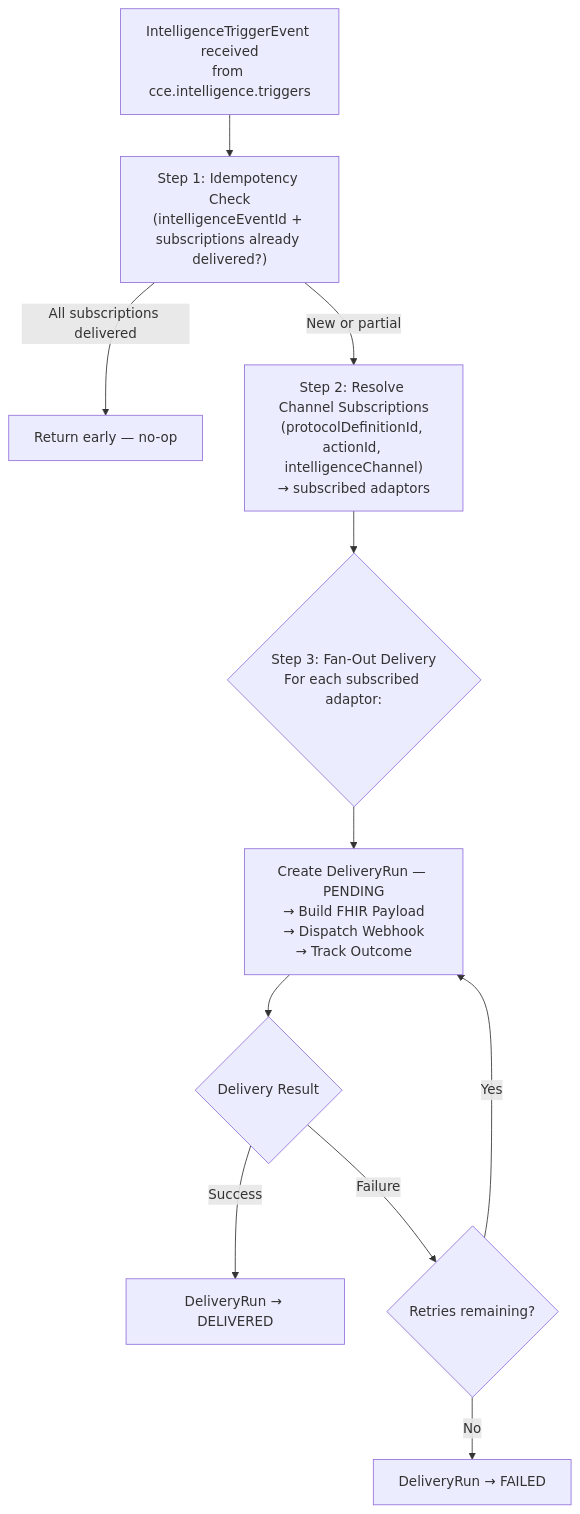
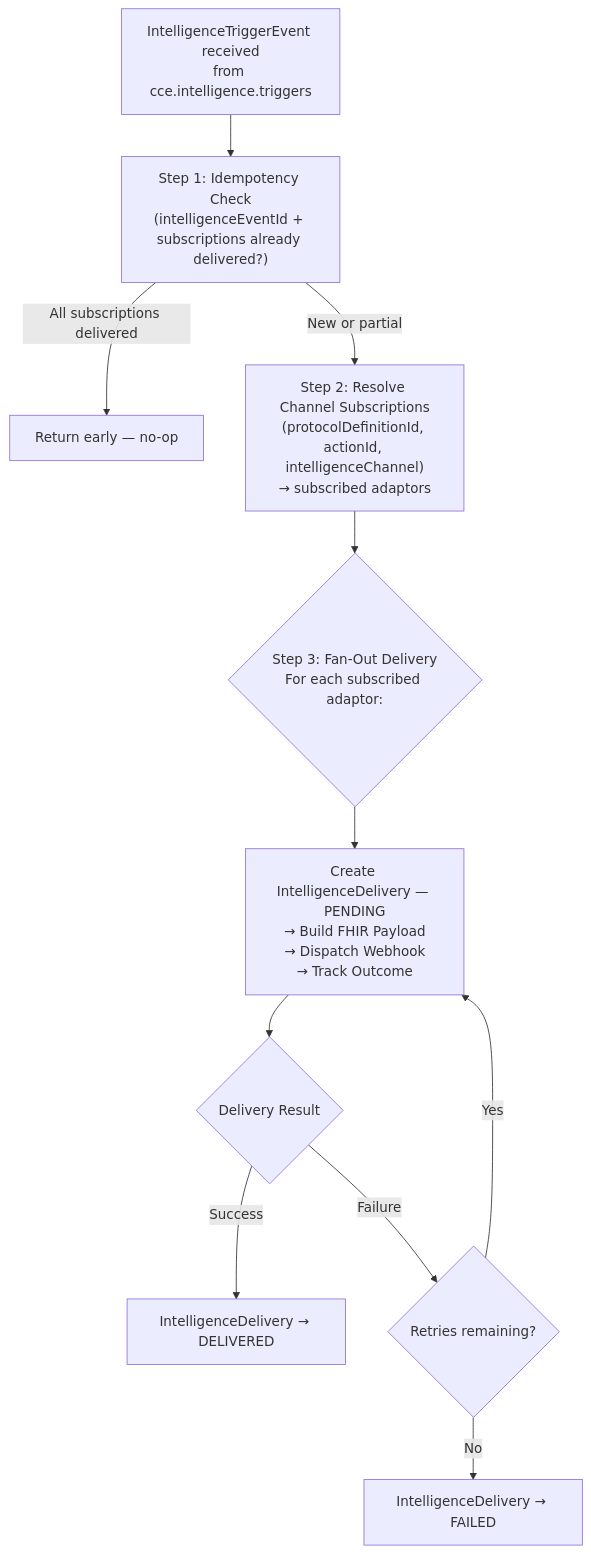
One commit to Jayaprakash8887/cce-intelligence-service changed the third of 6 diagrams in docs/architecture-overview.md. Above: the diagram before and after it, drawn with Mermaid. The commit also changed other lines of this file and 6 other files, not shown here.

First line of the commit message:
refactor: rename delivery_run and related entities to intelligence_delivery

````diff
--- a/docs/architecture-overview.md
+++ b/docs/architecture-overview.md
@@ -227,22 +227,22 @@
 ```mermaid
 flowchart TD
     START["IntelligenceTriggerEvent received<br/>from cce.intelligence.triggers"] --> S1
 
     S1["Step 1: Idempotency Check<br/>(intelligenceEventId + subscriptions already delivered?)"]
     S1 -->|"All subscriptions delivered"| DUP["Return early — no-op"]
     S1 -->|"New or partial"| S2
 
     S2["Step 2: Resolve Channel Subscriptions<br/>(protocolDefinitionId, actionId, intelligenceChannel)<br/>→ subscribed adaptors"] --> S3
 
     S3{"Step 3: Fan-Out Delivery<br/>For each subscribed adaptor:"}
     S3 --> S4
 
-    S4["Create DeliveryRun — PENDING<br/>→ Build FHIR Payload<br/>→ Dispatch Webhook<br/>→ Track Outcome"]
+    S4["Create IntelligenceDelivery — PENDING<br/>→ Build FHIR Payload<br/>→ Dispatch Webhook<br/>→ Track Outcome"]
     S4 --> S5
 
     S5{"Delivery Result"}
-    S5 -->|"Success"| DELIVERED["DeliveryRun → DELIVERED"]
+    S5 -->|"Success"| DELIVERED["IntelligenceDelivery → DELIVERED"]
     S5 -->|"Failure"| RETRY{"Retries remaining?"}
     RETRY -->|"Yes"| S4
-    RETRY -->|"No"| FAILED["DeliveryRun → FAILED"]
+    RETRY -->|"No"| FAILED["IntelligenceDelivery → FAILED"]
 ```
````
